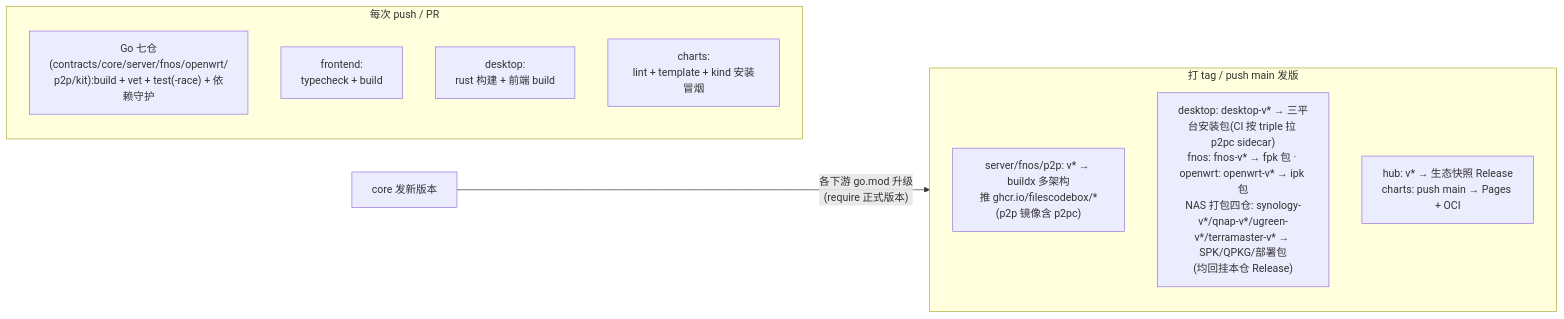
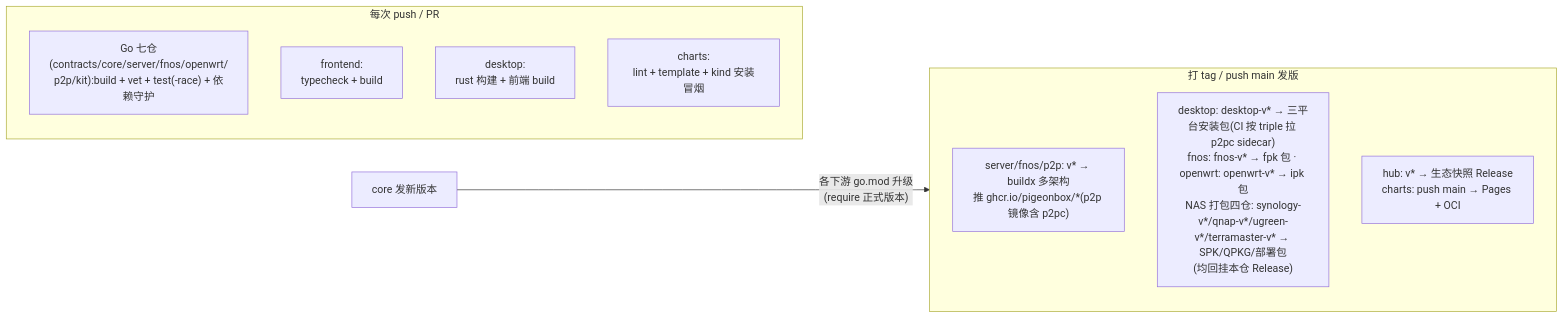
One commit to filescodebox/FilesCodeBox changed the ninth of 9 diagrams in docs/architecture.md. Above: the diagram before and after it, drawn with Mermaid. The commit also changed other lines of this file and 58 other files, not shown here.

````diff
--- a/docs/architecture.md
+++ b/docs/architecture.md
@@ -282,15 +282,15 @@
 ```mermaid
 flowchart LR
     subgraph PR["每次 push / PR"]
         GO["Go 七仓(contracts/core/server/fnos/openwrt/<br/>p2p/kit):build + vet + test(-race) + 依赖守护"]
         FECI["frontend:<br/>typecheck + build"]
         DSK["desktop:<br/>rust 构建 + 前端 build"]
         CHT["charts:<br/>lint + template + kind 安装冒烟"]
     end
     subgraph REL["打 tag / push main 发版"]
-        IMG["server/fnos/p2p: v* → buildx 多架构<br/>推 ghcr.io/filescodebox/*(p2p 镜像含 p2pc)"]
+        IMG["server/fnos/p2p: v* → buildx 多架构<br/>推 ghcr.io/pigeonbox/*(p2p 镜像含 p2pc)"]
         BIN["desktop: desktop-v* → 三平台安装包(CI 按 triple 拉 p2pc sidecar)<br/>fnos: fnos-v* → fpk 包 · openwrt: openwrt-v* → ipk 包<br/>NAS 打包四仓: synology-v*/qnap-v*/ugreen-v*/terramaster-v* → SPK/QPKG/部署包<br/>(均回挂本仓 Release)"]
         PUB["hub: v* → 生态快照 Release<br/>charts: push main → Pages + OCI"]
     end
     COREDEV["core 发新版本"] -->|"各下游 go.mod 升级<br/>(require 正式版本)"| REL
 ```
````
